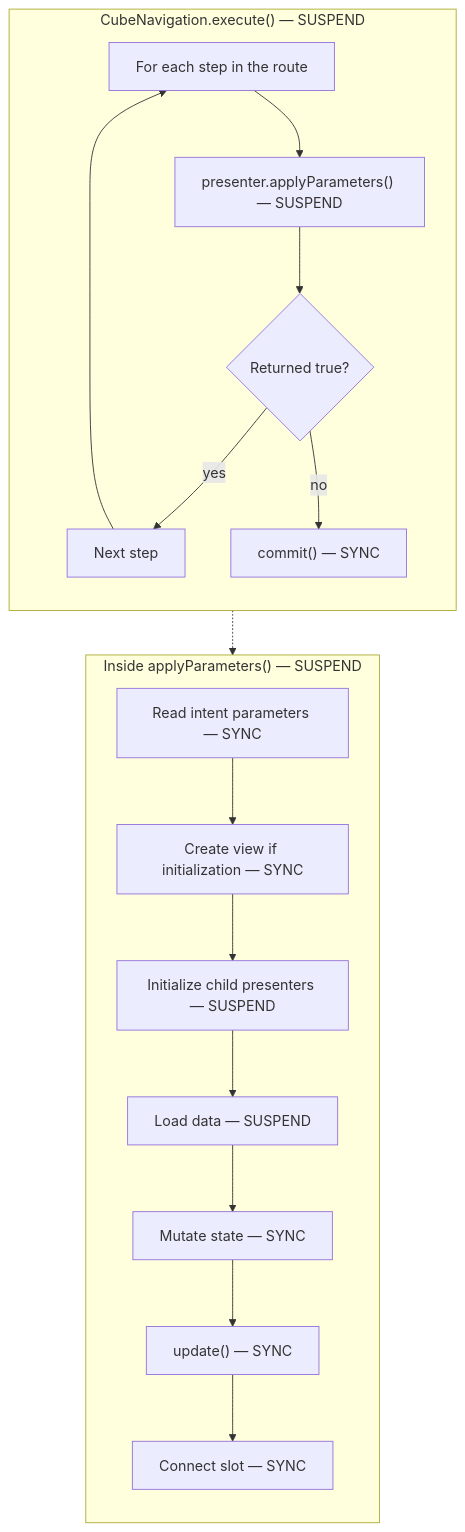
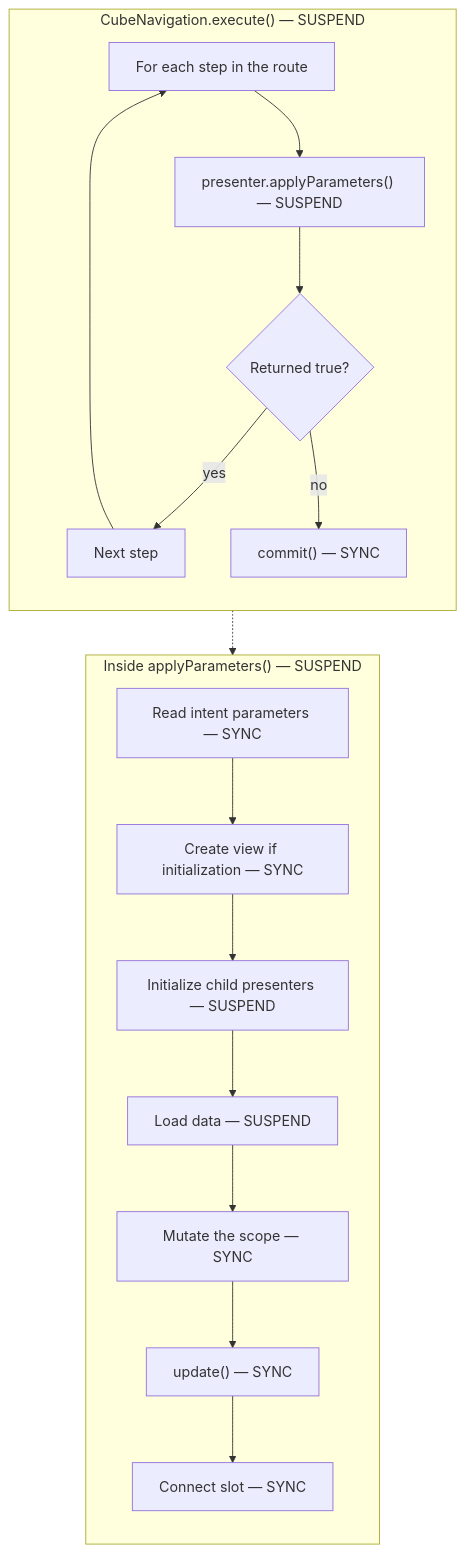
One commit to mrcdom/wdc-cube-kotlin changed diagram 14 of 19 in docs/architecture-cube.md. Above: the diagram before and after it, drawn with Mermaid. The commit also changed other lines of this file and 117 other files, not shown here.

````diff
--- a/docs/architecture-cube.md
+++ b/docs/architecture-cube.md
@@ -778,30 +780,30 @@
 ```mermaid
 flowchart TD
     subgraph "CubeNavigation.execute() — SUSPEND"
         direction TB
         E1["For each step in the route"]
         E2["presenter.applyParameters() — SUSPEND"]
         E3{Returned true?}
         E4["Next step"]
         E5["commit() — SYNC"]
 
         E1 --> E2 --> E3
         E3 -->|yes| E4 --> E1
         E3 -->|no| E5
     end
 
     subgraph "Inside applyParameters() — SUSPEND"
         direction TB
         AP1["Read intent parameters — SYNC"]
         AP2["Create view if initialization — SYNC"]
         AP3["Initialize child presenters — SUSPEND"]
         AP4["Load data — SUSPEND"]
-        AP5["Mutate state — SYNC"]
+        AP5["Mutate the scope — SYNC"]
         AP6["update() — SYNC"]
         AP7["Connect slot — SYNC"]
 
         AP1 --> AP2 --> AP3 --> AP4 --> AP5 --> AP6 --> AP7
     end
 
     E2 -.-> AP1
 ```
````
